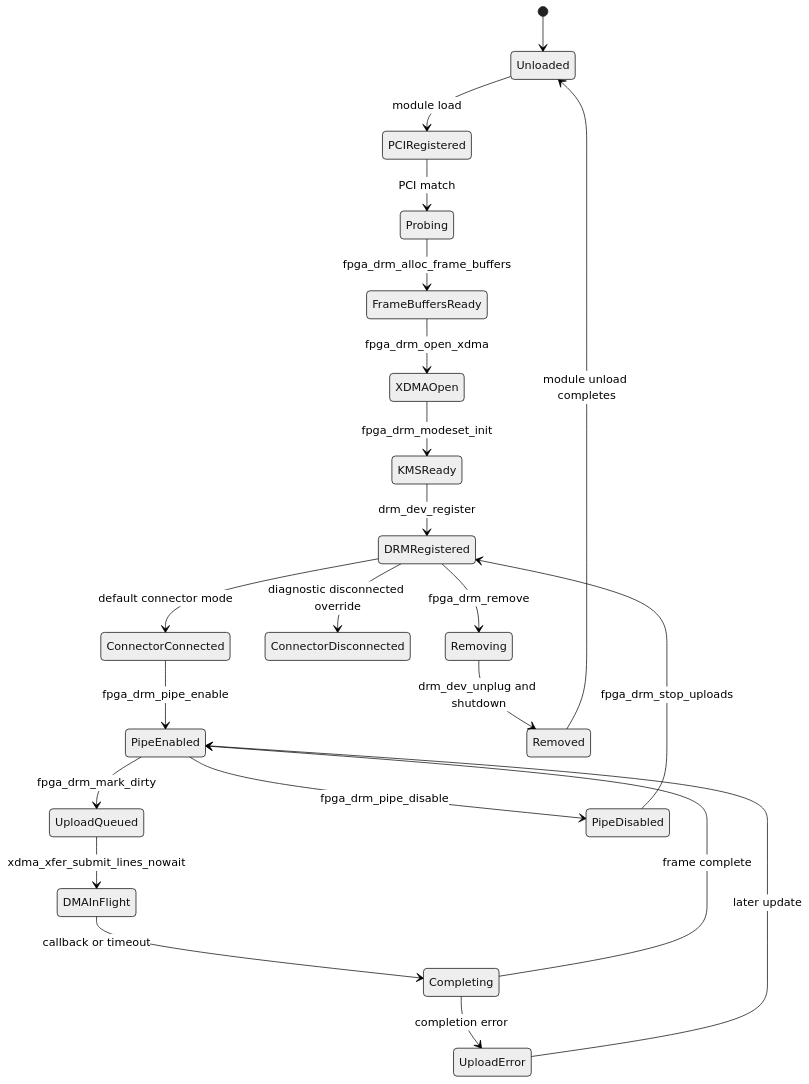
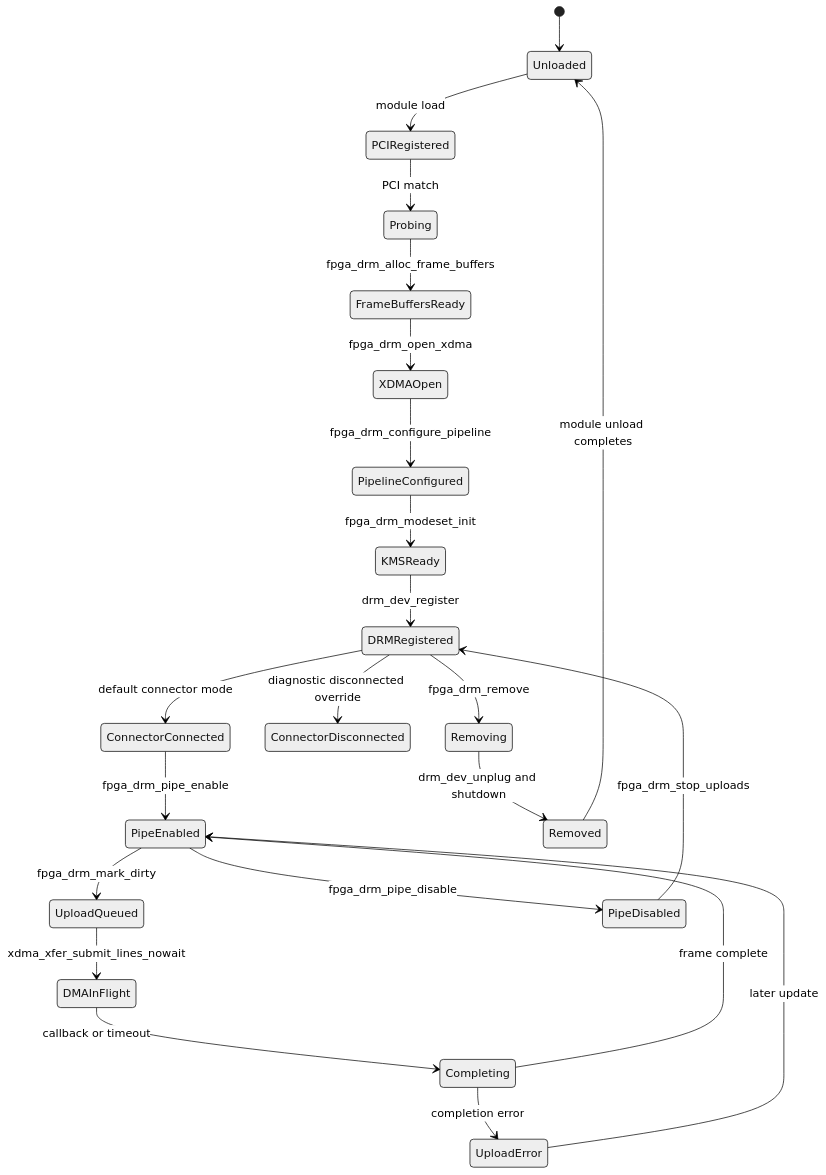
Before and after one commit to alpkoyun/Simple-Display-Controller: the first of 2 diagrams in doc/Linux_DRM_Driver_AI_GEN_documents/state_machine.md, drawn with Mermaid (neutral theme). The commit also changed other lines of this file and 28 other files, not shown here.

````diff
--- a/doc/Linux_DRM_Driver_AI_GEN_documents/state_machine.md
+++ b/doc/Linux_DRM_Driver_AI_GEN_documents/state_machine.md
@@ -9,24 +9,25 @@
 ```mermaid
 stateDiagram-v2
     [*] --> Unloaded
     Unloaded --> PCIRegistered: module load
     PCIRegistered --> Probing: PCI match
     Probing --> FrameBuffersReady: fpga_drm_alloc_frame_buffers
     FrameBuffersReady --> XDMAOpen: fpga_drm_open_xdma
-    XDMAOpen --> KMSReady: fpga_drm_modeset_init
+    XDMAOpen --> PipelineConfigured: fpga_drm_configure_pipeline
+    PipelineConfigured --> KMSReady: fpga_drm_modeset_init
     KMSReady --> DRMRegistered: drm_dev_register
     DRMRegistered --> ConnectorConnected: default connector mode
     DRMRegistered --> ConnectorDisconnected: diagnostic disconnected override
     ConnectorConnected --> PipeEnabled: fpga_drm_pipe_enable
     PipeEnabled --> UploadQueued: fpga_drm_mark_dirty
     UploadQueued --> DMAInFlight: xdma_xfer_submit_lines_nowait
     DMAInFlight --> Completing: callback or timeout
     Completing --> PipeEnabled: frame complete
     Completing --> UploadError: completion error
     UploadError --> PipeEnabled: later update
     PipeEnabled --> PipeDisabled: fpga_drm_pipe_disable
     PipeDisabled --> DRMRegistered: fpga_drm_stop_uploads
     DRMRegistered --> Removing: fpga_drm_remove
     Removing --> Removed: drm_dev_unplug and shutdown
     Removed --> Unloaded: module unload completes
 ```
````
